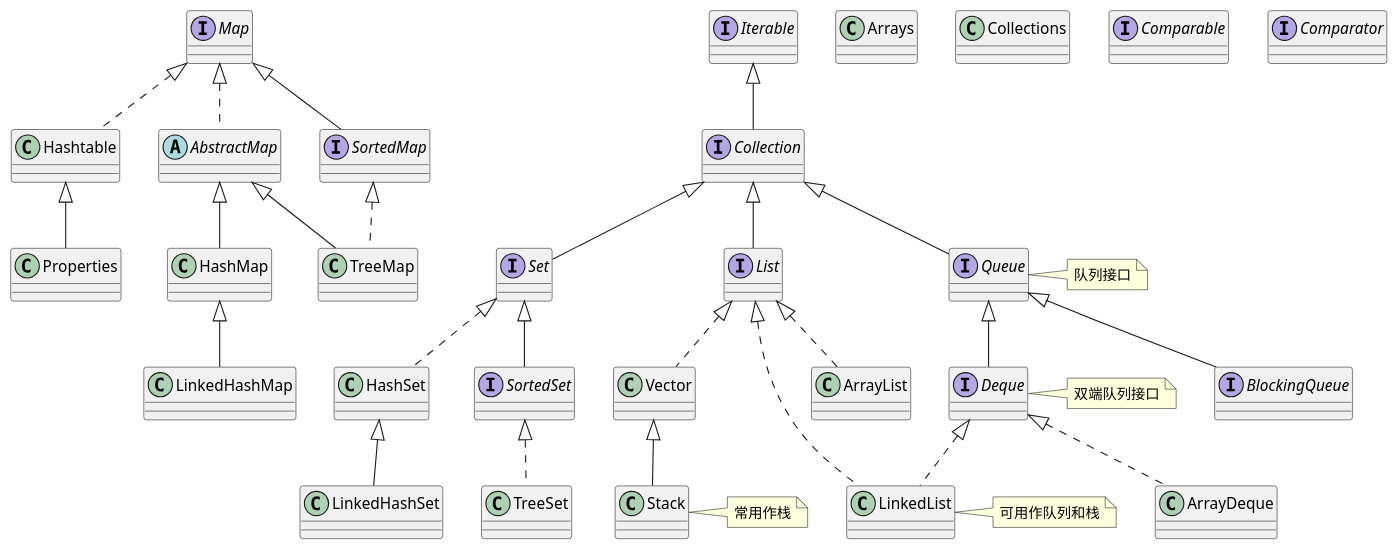
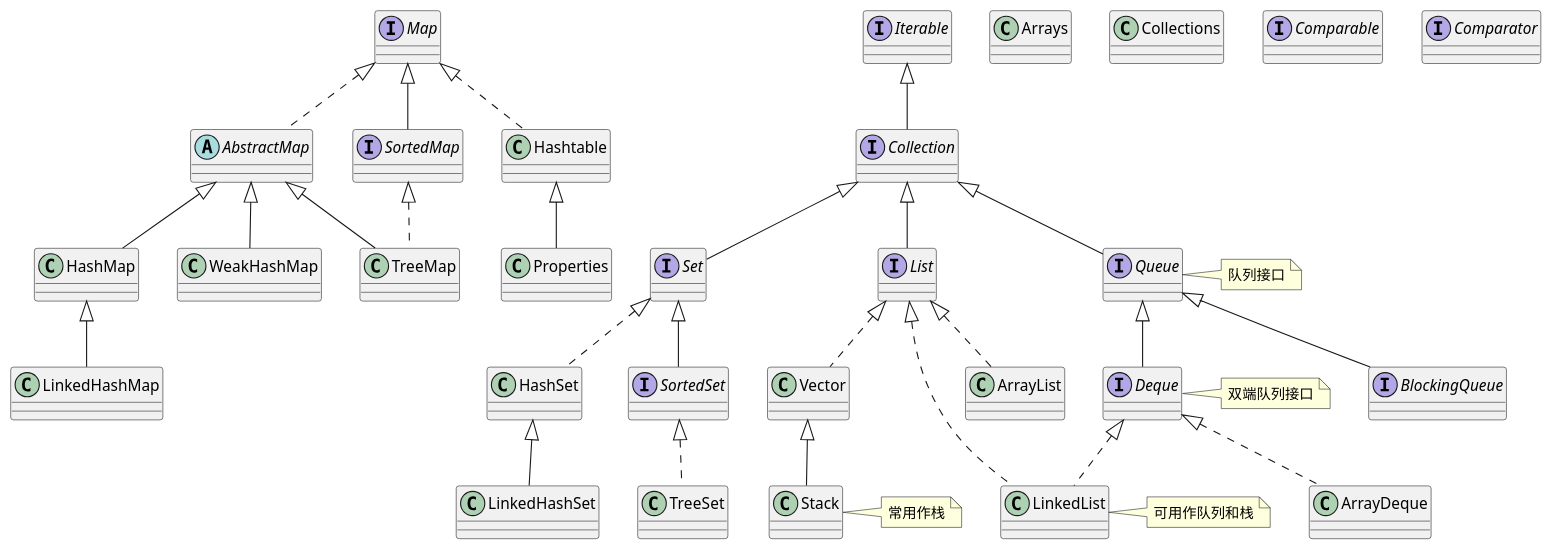
One commit to progzc/InterviewIForJob changed the diagram in Arithmetic/src/main/resources/Collections.puml. Above: the diagram before and after it, drawn with PlantUML.

Commit message:
添加WeakHashMap

```diff
--- a/Arithmetic/src/main/resources/Collections.puml
+++ b/Arithmetic/src/main/resources/Collections.puml
@@ -1,66 +1,69 @@
 @startuml
 interface Iterable
 interface Collection
 Collection -up-|>Iterable
 interface List
 interface Set
 interface Queue
 List -up-|>Collection
 Set -up-|>Collection
 Queue -up-|>Collection
 class ArrayList
 class LinkedList
 ArrayList .up.|> List
 LinkedList .up.|>List
 interface Deque
 interface BlockingQueue
 Deque -up-|> Queue
 BlockingQueue -up-|> Queue
 LinkedList  .up.|> Deque
 class ArrayDeque
 ArrayDeque .up.|> Deque
 class Vector
 Vector .up.|> List
 class Stack
 Stack -up-|> Vector
 interface SortedSet
 SortedSet -up-|> Set
 class HashSet
 class TreeSet
 class LinkedHashSet
 HashSet .up.|> Set
 TreeSet .up.|>SortedSet
 LinkedHashSet -up-|> HashSet
 
 interface Map
 abstract class AbstractMap
 AbstractMap .up.|>Map
 interface SortedMap
 SortedMap -up-|> Map
 class Hashtable
 Hashtable .up.|> Map
 class TreeMap
 TreeMap -up-|> AbstractMap
 TreeMap .up.|> SortedMap
 class HashMap
 HashMap -up-|> AbstractMap
 class LinkedHashMap
 LinkedHashMap -up-|> HashMap
 
 class Properties
 Properties -up-|> Hashtable
 
 class Arrays
 class Collections
 Arrays -[hidden]> Collections
 
 interface Comparable
 interface Comparator
 Comparable -[hidden]> Comparator
 
 note right of Queue: 队列接口
 note right of Deque: 双端队列接口
 note right of LinkedList: 可用作队列和栈
 note right of Stack: 常用作栈
 
+class WeakHashMap
+WeakHashMap -up-|> AbstractMap
+
 @enduml
```
